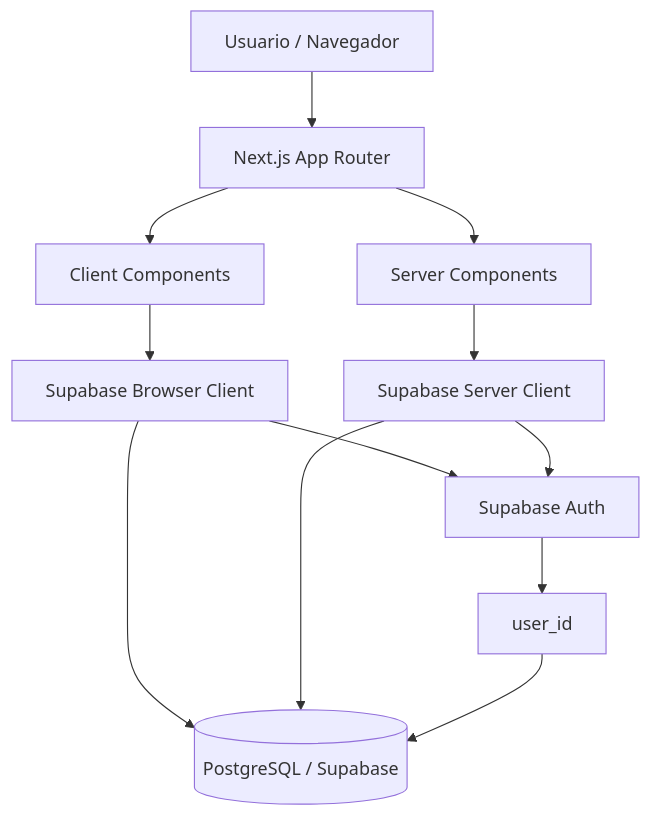
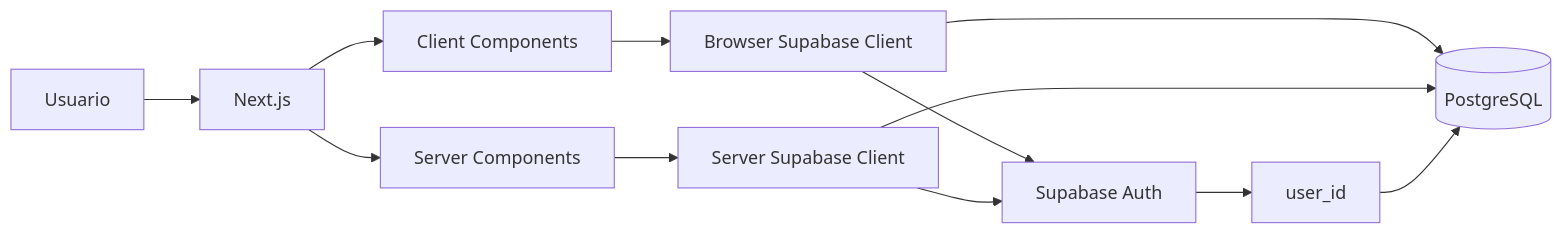
The second of 3 diagrams in README.md (RocioAranibar/turnify), drawn with Mermaid before and after one commit. The commit also changed other lines of this file, not shown here.

````diff
--- a/README.md
+++ b/README.md
@@ -164,21 +112,21 @@
 ```mermaid
-flowchart TD
-    U[Usuario / Navegador]
+flowchart LR
+    USER[Usuario]
 
-    U --> NEXT[Next.js App Router]
+    USER --> NEXT[Next.js]
 
-    NEXT --> CLIENT[Client Components]
-    NEXT --> SERVER[Server Components]
+    NEXT --> CC[Client Components]
+    NEXT --> SC[Server Components]
 
-    CLIENT --> BROWSER[Supabase Browser Client]
-    SERVER --> SSR[Supabase Server Client]
+    CC --> BC[Browser Supabase Client]
+    SC --> SSC[Server Supabase Client]
 
-    BROWSER --> AUTH[Supabase Auth]
-    SSR --> AUTH
+    BC --> AUTH[Supabase Auth]
+    SSC --> AUTH
 
-    BROWSER --> DB[(PostgreSQL / Supabase)]
-    SSR --> DB
+    BC --> DB[(PostgreSQL)]
+    SSC --> DB
 
     AUTH --> UID[user_id]
     UID --> DB
 ```
````
